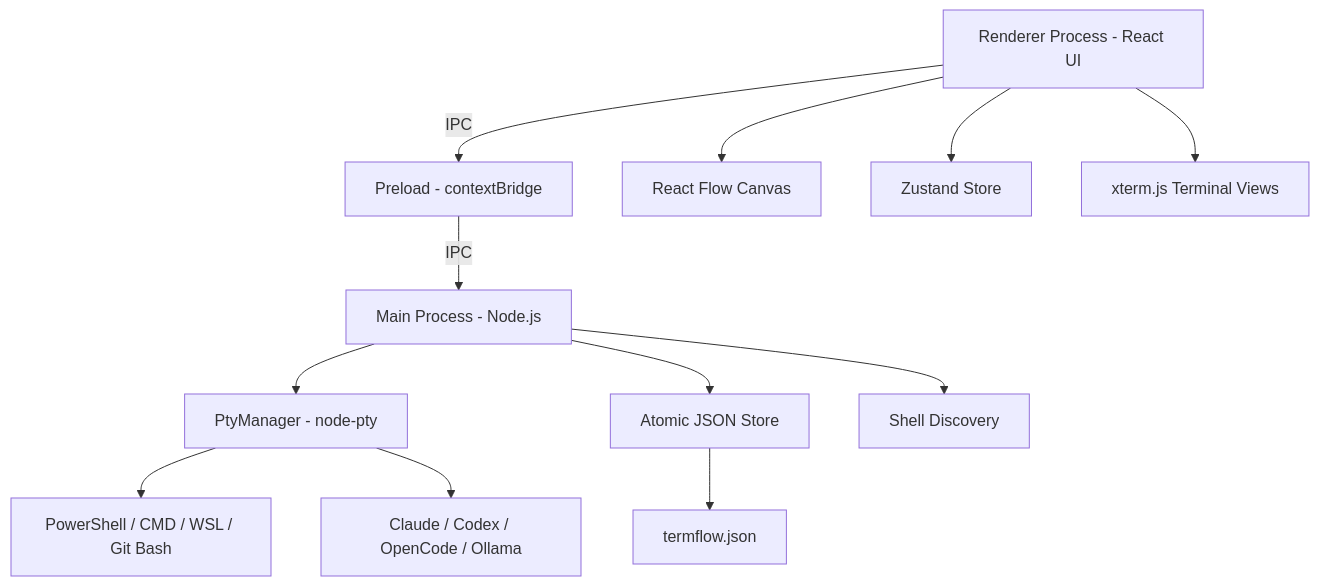
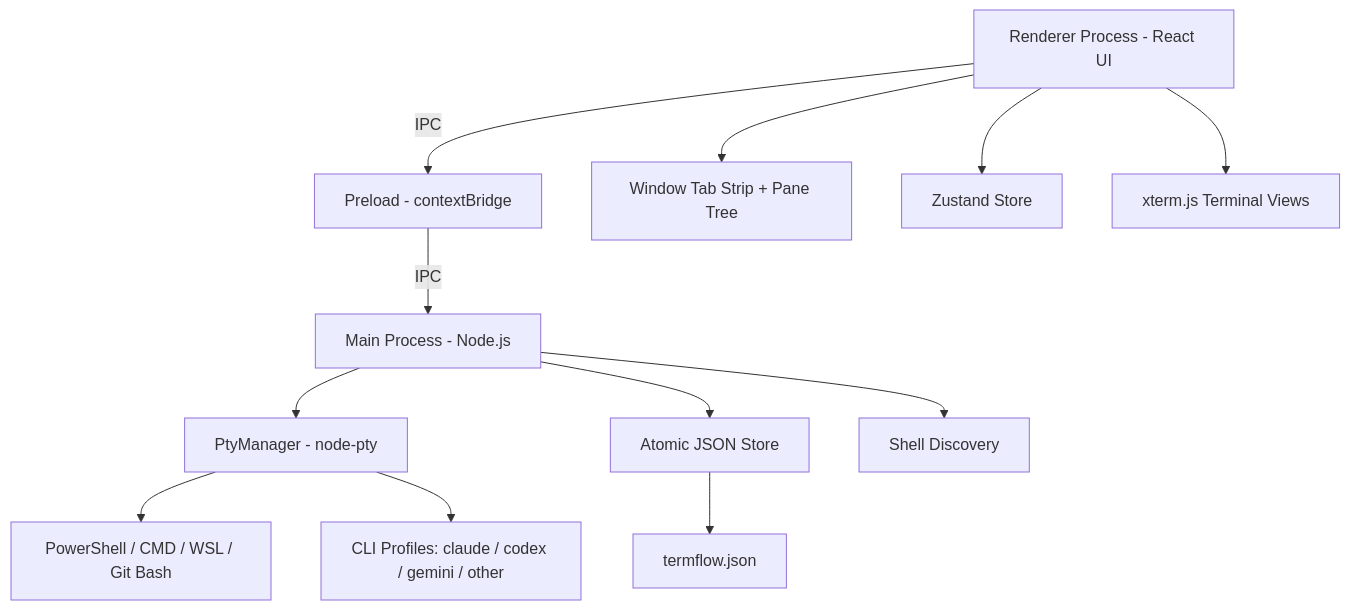
Before and after one commit to palamut62/termflow: the diagram in README.md, drawn with Mermaid. The commit also changed other lines of this file and 19 other files, not shown here.

````diff
--- a/README.md
+++ b/README.md
@@ -125,14 +121,14 @@
 ```mermaid
 graph TD
     A[Renderer Process - React UI] -->|IPC| B[Preload - contextBridge]
     B -->|IPC| C[Main Process - Node.js]
     C --> D[PtyManager - node-pty]
     C --> E[Atomic JSON Store]
     C --> F[Shell Discovery]
     D --> G[PowerShell / CMD / WSL / Git Bash]
-    D --> H[Claude / Codex / OpenCode / Ollama]
+    D --> H[CLI Profiles: claude / codex / gemini / other]
     E --> I[termflow.json]
-    A --> J[React Flow Canvas]
+    A --> J[Window Tab Strip + Pane Tree]
     A --> K[Zustand Store]
     A --> L[xterm.js Terminal Views]
 ```
````
